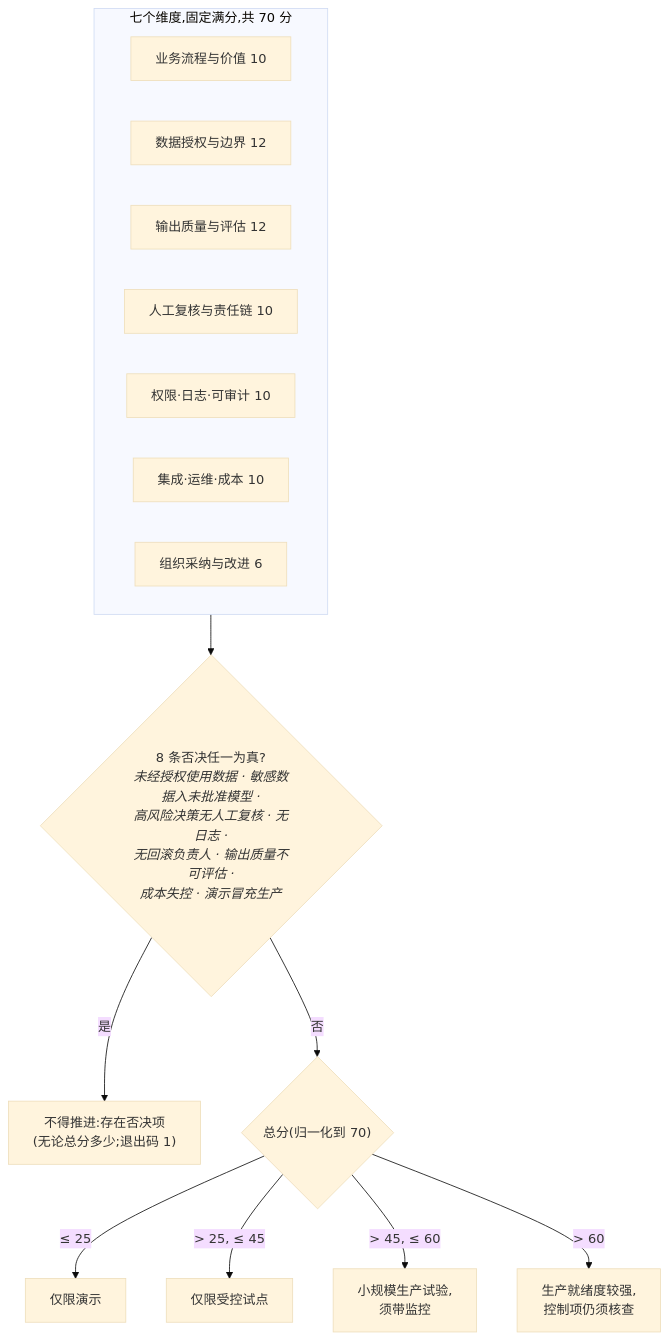
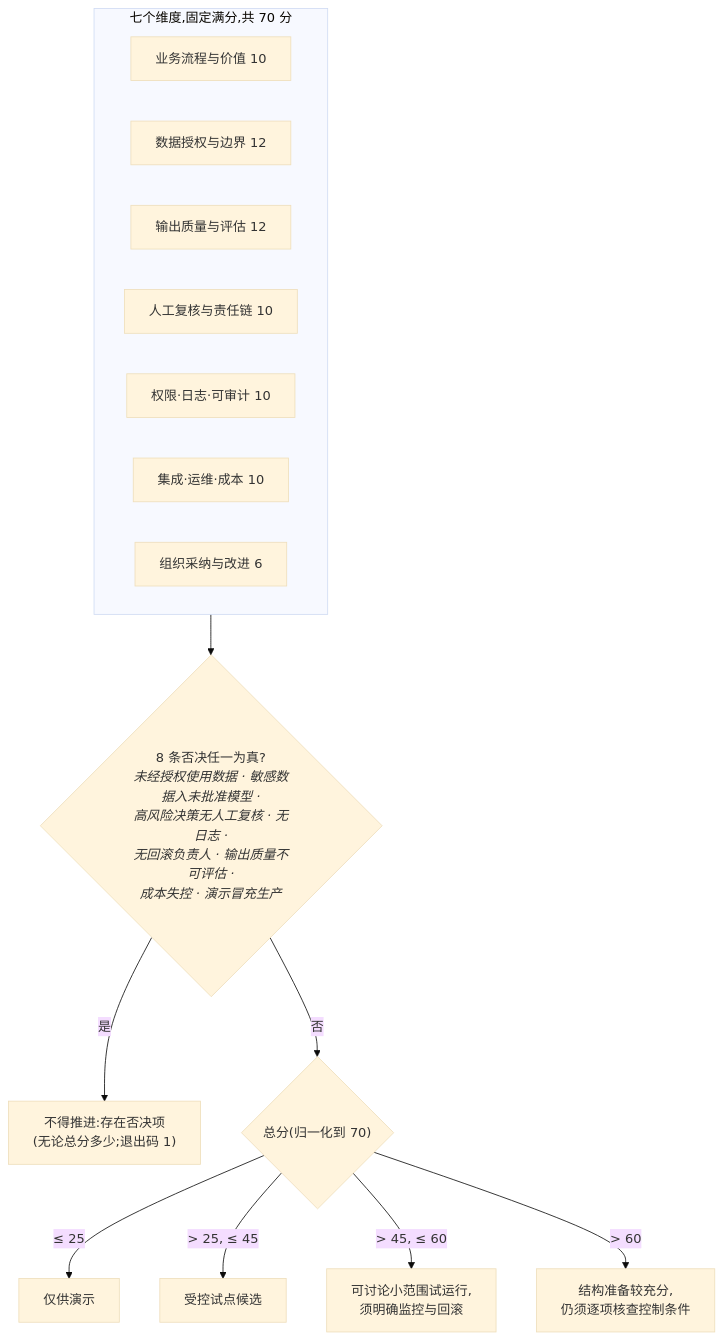
Before and after one commit to Anonymousyz/ai-prototype-to-production-toolkit: the second of 2 diagrams in README.zh-CN.md, drawn with Mermaid (base theme). The commit also changed other lines of this file, not shown here.

````diff
--- a/README.zh-CN.md
+++ b/README.zh-CN.md
@@ -82,20 +76,20 @@
 ```mermaid
 flowchart TB
     subgraph dims["七个维度,固定满分,共 70 分"]
         direction LR
         D1["业务流程与价值 10"]
         D2["数据授权与边界 12"]
         D3["输出质量与评估 12"]
         D4["人工复核与责任链 10"]
         D5["权限·日志·可审计 10"]
         D6["集成·运维·成本 10"]
         D7["组织采纳与改进 6"]
     end
     dims --> V{"8 条否决任一为真?<br/><i>未经授权使用数据 · 敏感数据入未批准模型 ·<br/>高风险决策无人工复核 · 无日志 ·<br/>无回滚负责人 · 输出质量不可评估 ·<br/>成本失控 · 演示冒充生产</i>"}
     V -- "是" --> STOP["不得推进:存在否决项<br/>(无论总分多少;退出码 1)"]
     V -- "否" --> T{"总分(归一化到 70)"}
-    T -- "≤ 25" --> R1["仅限演示"]
-    T -- "> 25, ≤ 45" --> R2["仅限受控试点"]
-    T -- "> 45, ≤ 60" --> R3["小规模生产试验,<br/>须带监控"]
-    T -- "> 60" --> R4["生产就绪度较强,<br/>控制项仍须核查"]
+    T -- "≤ 25" --> R1["仅供演示"]
+    T -- "> 25, ≤ 45" --> R2["受控试点候选"]
+    T -- "> 45, ≤ 60" --> R3["可讨论小范围试运行,<br/>须明确监控与回滚"]
+    T -- "> 60" --> R4["结构准备较充分,<br/>仍须逐项核查控制条件"]
 ```
````
